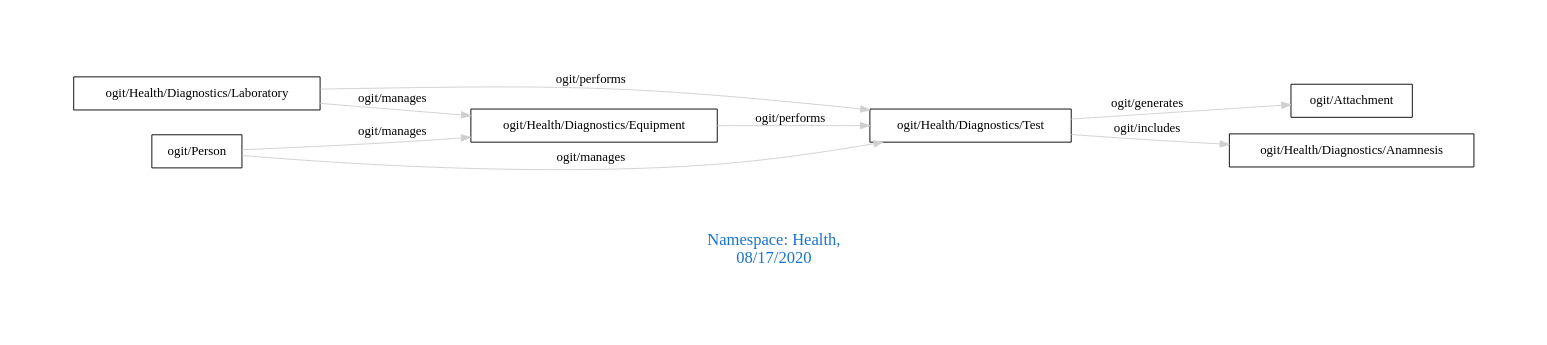
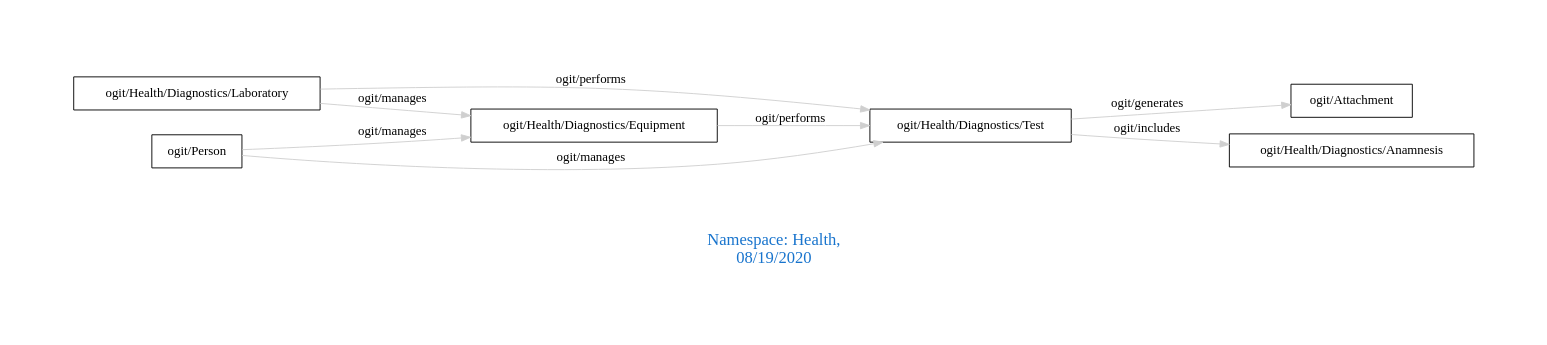
Before and after one commit to arago/OGIT: the diagram in downloads/Health.dot, drawn with Graphviz. The commit also changed 1786 other files, not shown here.

```diff
--- a/downloads/Health.dot
+++ b/downloads/Health.dot
@@ -1,15 +1,15 @@
 digraph OGIT_ontology {
  graph [ rankdir= LR,pad=1 
 fontsize = 18,
-fontcolor= dodgerblue3,label = "\n\n\nNamespace: Health, \n 08/17/2020"];
+fontcolor= dodgerblue3,label = "\n\n\nNamespace: Health, \n 08/19/2020"];
 node[shape=polygon];
 edge [  color="gray81"];
 
    "ogit/Health/Diagnostics/Laboratory" -> "ogit/Health/Diagnostics/Equipment" [label="   ogit/manages    "];
    "ogit/Person" -> "ogit/Health/Diagnostics/Equipment" [label="   ogit/manages    "];
    "ogit/Person" -> "ogit/Health/Diagnostics/Test" [label="   ogit/manages    "];
    "ogit/Health/Diagnostics/Test" -> "ogit/Attachment" [label="   ogit/generates    "];
    "ogit/Health/Diagnostics/Test" -> "ogit/Health/Diagnostics/Anamnesis" [label="   ogit/includes    "];
    "ogit/Health/Diagnostics/Equipment" -> "ogit/Health/Diagnostics/Test" [label="   ogit/performs    "];
    "ogit/Health/Diagnostics/Laboratory" -> "ogit/Health/Diagnostics/Test" [label="   ogit/performs    "];
 }
```
